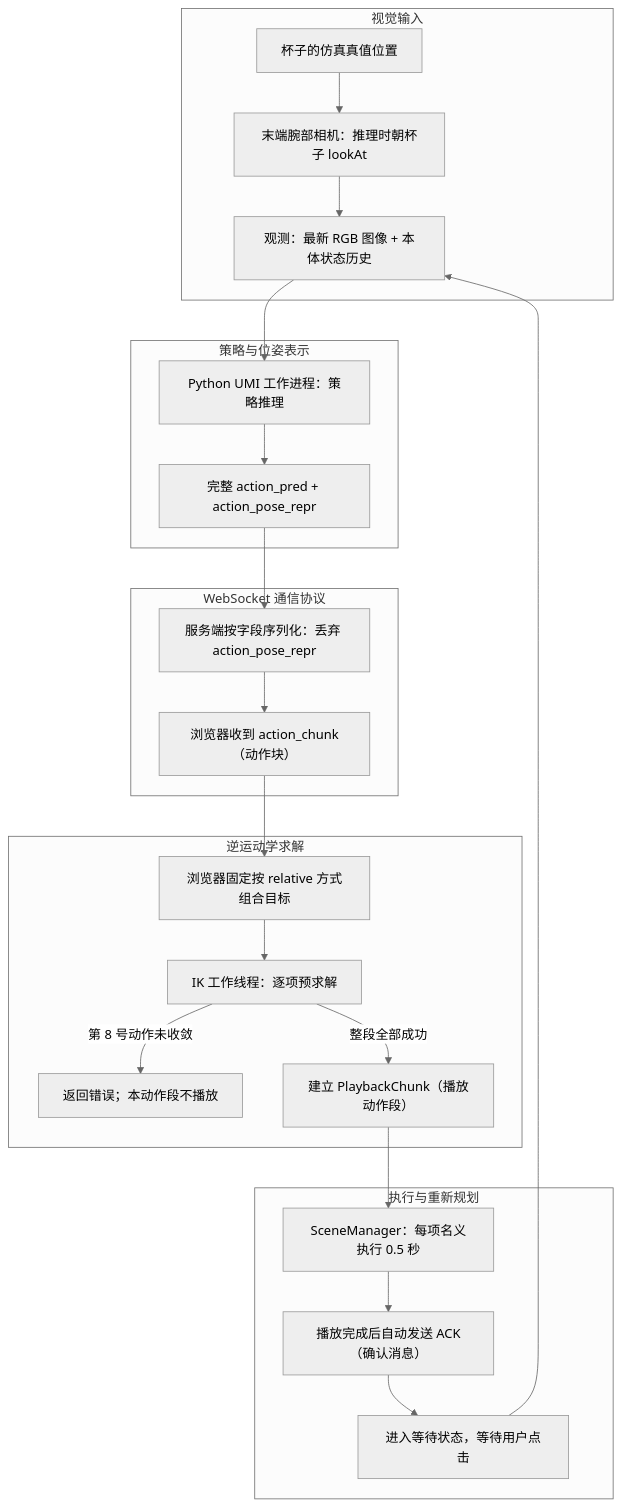
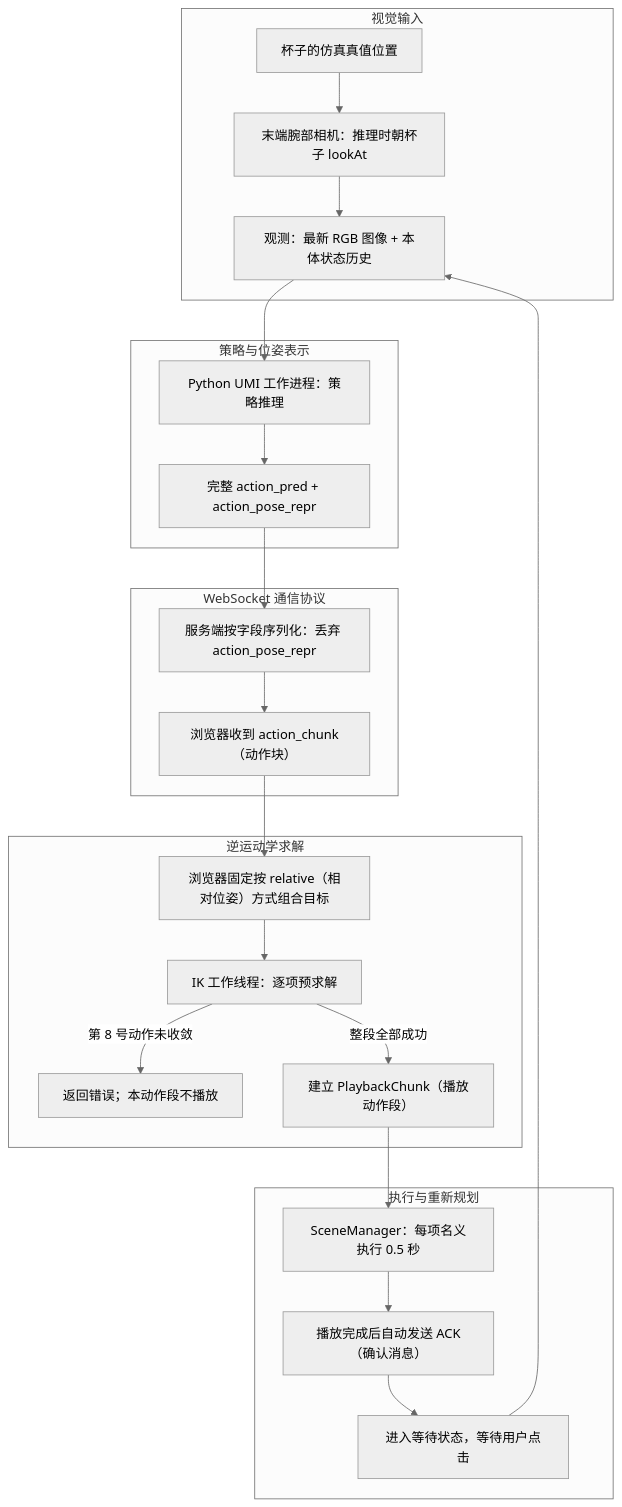
One commit to meizhaole/umi changed the diagram in doc/umi_system_debug_merged.md. Above: the diagram before and after it, drawn with Mermaid (neutral theme). The commit also changed other lines of this file, not shown here.

````diff
--- a/doc/umi_system_debug_merged.md
+++ b/doc/umi_system_debug_merged.md
@@ -21,27 +23,27 @@
 ```mermaid
 flowchart TD
     subgraph visual["视觉输入"]
         CUP["杯子的仿真真值位置"] --> CAM["末端腕部相机：推理时朝杯子 lookAt"]
         CAM --> OBS["观测：最新 RGB 图像 + 本体状态历史"]
     end
     subgraph policy["策略与位姿表示"]
         OBS --> PY["Python UMI 工作进程：策略推理"]
         PY --> ACT["完整 action_pred + action_pose_repr"]
     end
     subgraph protocol["WebSocket 通信协议"]
         ACT --> SER["服务端按字段序列化：丢弃 action_pose_repr"]
         SER --> CHUNK["浏览器收到 action_chunk（动作块）"]
     end
     subgraph ik["逆运动学求解"]
-        CHUNK --> DEC["浏览器固定按 relative 方式组合目标"]
+        CHUNK --> DEC["浏览器固定按 relative（相对位姿）方式组合目标"]
         DEC --> SOLVE["IK 工作线程：逐项预求解"]
         SOLVE -->|第 8 号动作未收敛| ERR["返回错误；本动作段不播放"]
         SOLVE -->|整段全部成功| PLAY["建立 PlaybackChunk（播放动作段）"]
     end
     subgraph control["执行与重新规划"]
         PLAY --> RUN["SceneManager：每项名义执行 0.5 秒"]
         RUN --> ACK["播放完成后自动发送 ACK（确认消息）"]
         ACK --> WAIT["进入等待状态，等待用户点击"]
         WAIT --> OBS
     end
 ```
````
